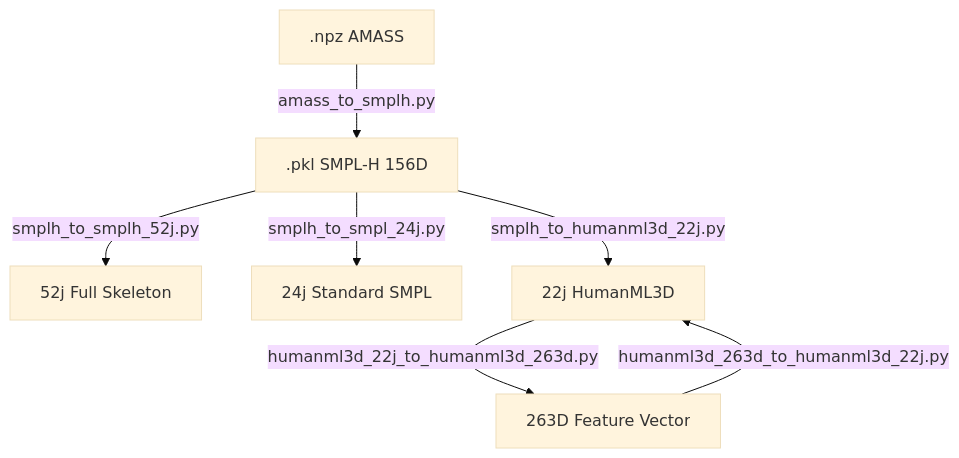
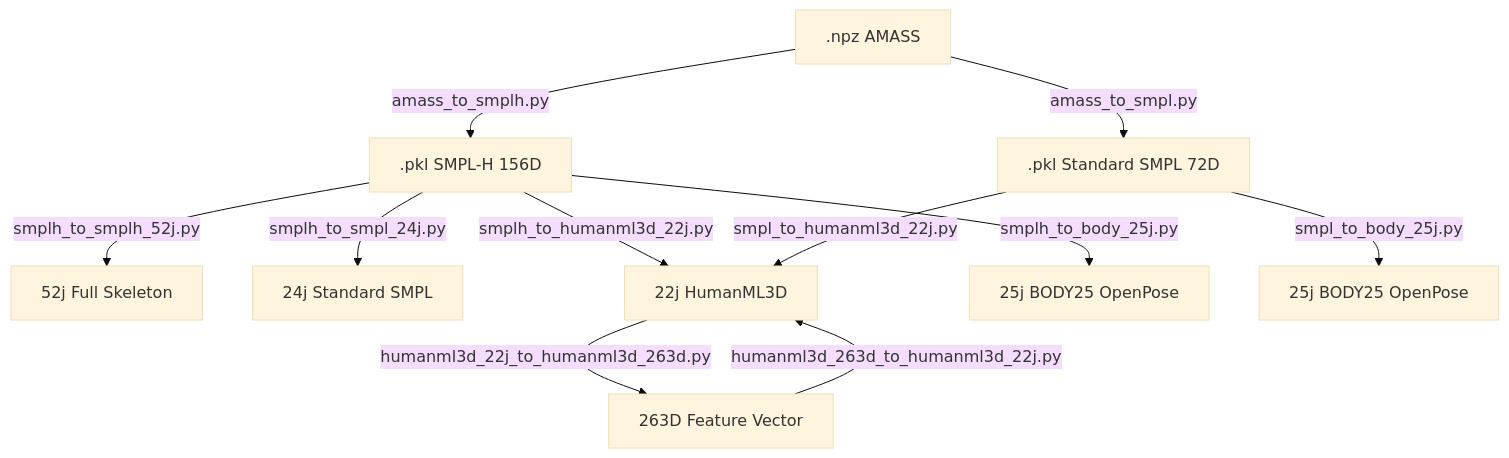
Before and after one commit to allen-sk8/SkeletonHub: the diagram in README.md, drawn with Mermaid (base theme). The commit also changed other lines of this file and 19 other files, not shown here.

````diff
--- a/README.md
+++ b/README.md
@@ -11,10 +11,16 @@
 ```mermaid
 graph TD
     AMASS[.npz AMASS] -- amass_to_smplh.py --> SMPLH_PKL[.pkl SMPL-H 156D]
+    AMASS -- amass_to_smpl.py --> SMPL_PKL[.pkl Standard SMPL 72D]
+
     SMPLH_PKL -- smplh_to_smplh_52j.py --> JOINTS_52[52j Full Skeleton]
     SMPLH_PKL -- smplh_to_smpl_24j.py --> JOINTS_24[24j Standard SMPL]
     SMPLH_PKL -- smplh_to_humanml3d_22j.py --> JOINTS_22[22j HumanML3D]
+    SMPLH_PKL -- smplh_to_body_25j.py --> BODY_25_H[25j BODY25 OpenPose]
+
+    SMPL_PKL -- smpl_to_humanml3d_22j.py --> JOINTS_22
+    SMPL_PKL -- smpl_to_body_25j.py --> BODY_25_S[25j BODY25 OpenPose]
     
     JOINTS_22 -- humanml3d_22j_to_humanml3d_263d.py --> FEAT_263[263D Feature Vector]
     FEAT_263 -- humanml3d_263d_to_humanml3d_22j.py --> JOINTS_22
 ```
````
